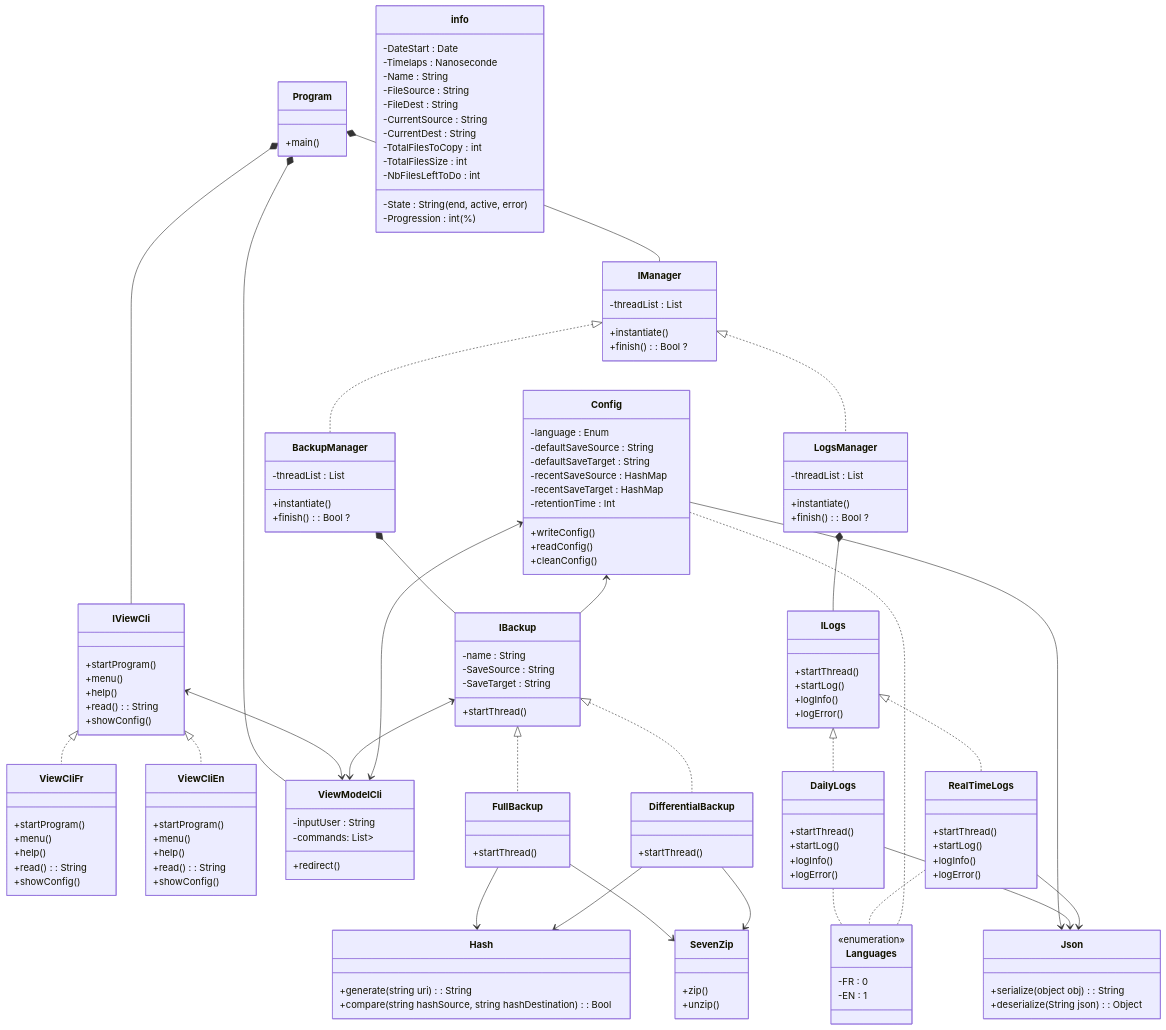
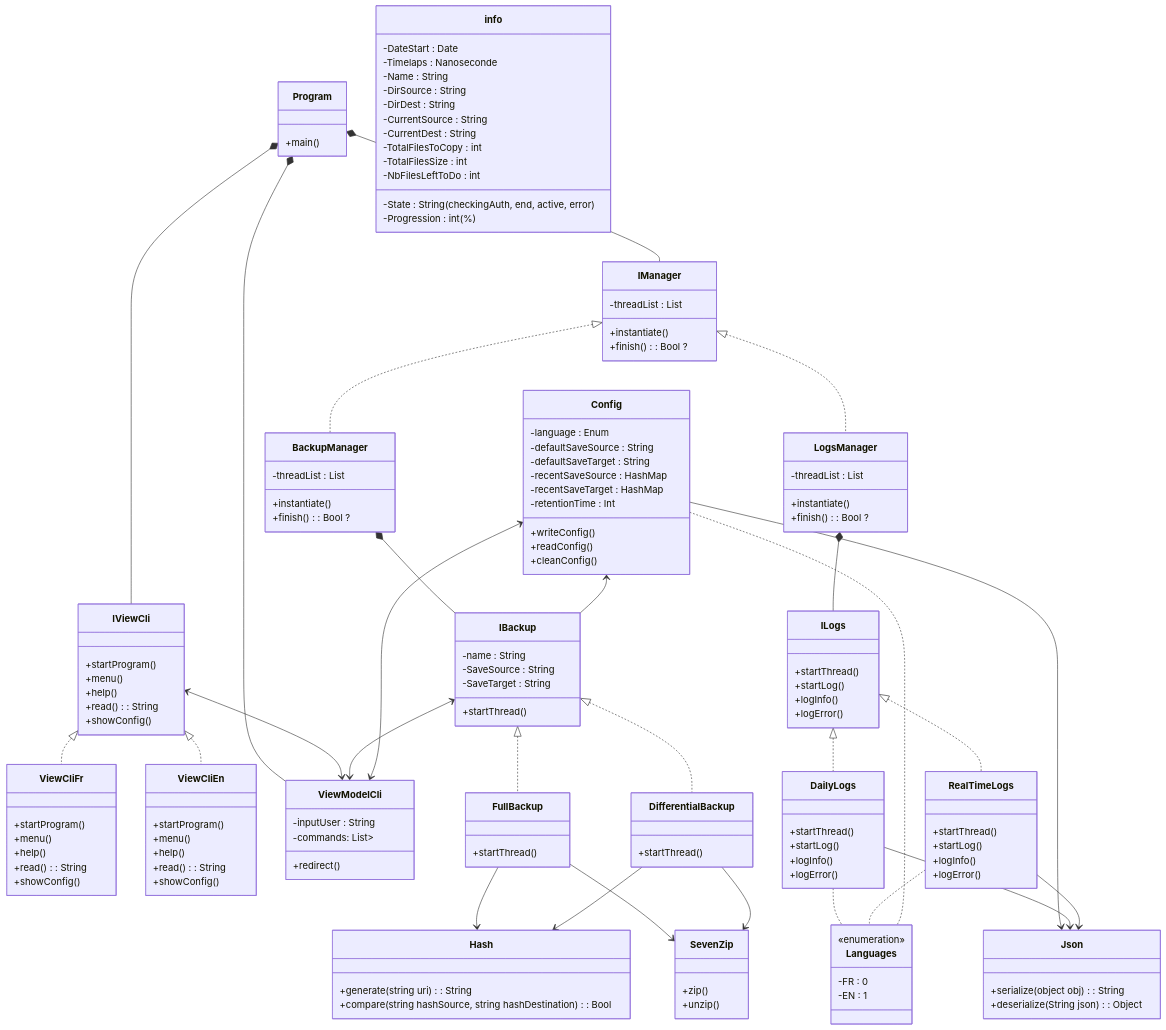
Before and after one commit to mboss7/CesiProgSys: the diagram in diagClasse.md, drawn with Mermaid. The commit also changed 1 other file, not shown here.

```diff
--- a/diagClasse.md
+++ b/diagClasse.md
@@ -136,11 +136,11 @@
     -DateStart : Date
     -Timelaps : Nanoseconde
     -Name : String
-    -FileSource : String 
-    -FileDest : String
+    -DirSource : String 
+    -DirDest : String
     -CurrentSource : String
     -CurrentDest : String
-    -State : String (end, active, error)
+    -State : String (checkingAuth, end, active, error)
     -TotalFilesToCopy : int
     -TotalFilesSize : int
     -NbFilesLeftToDo : int
```
